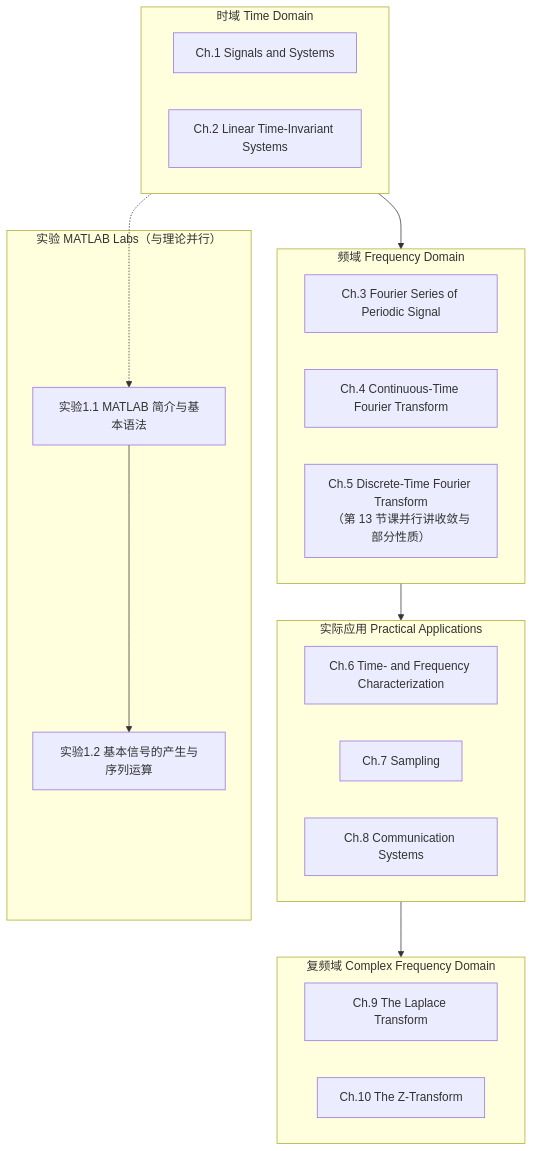
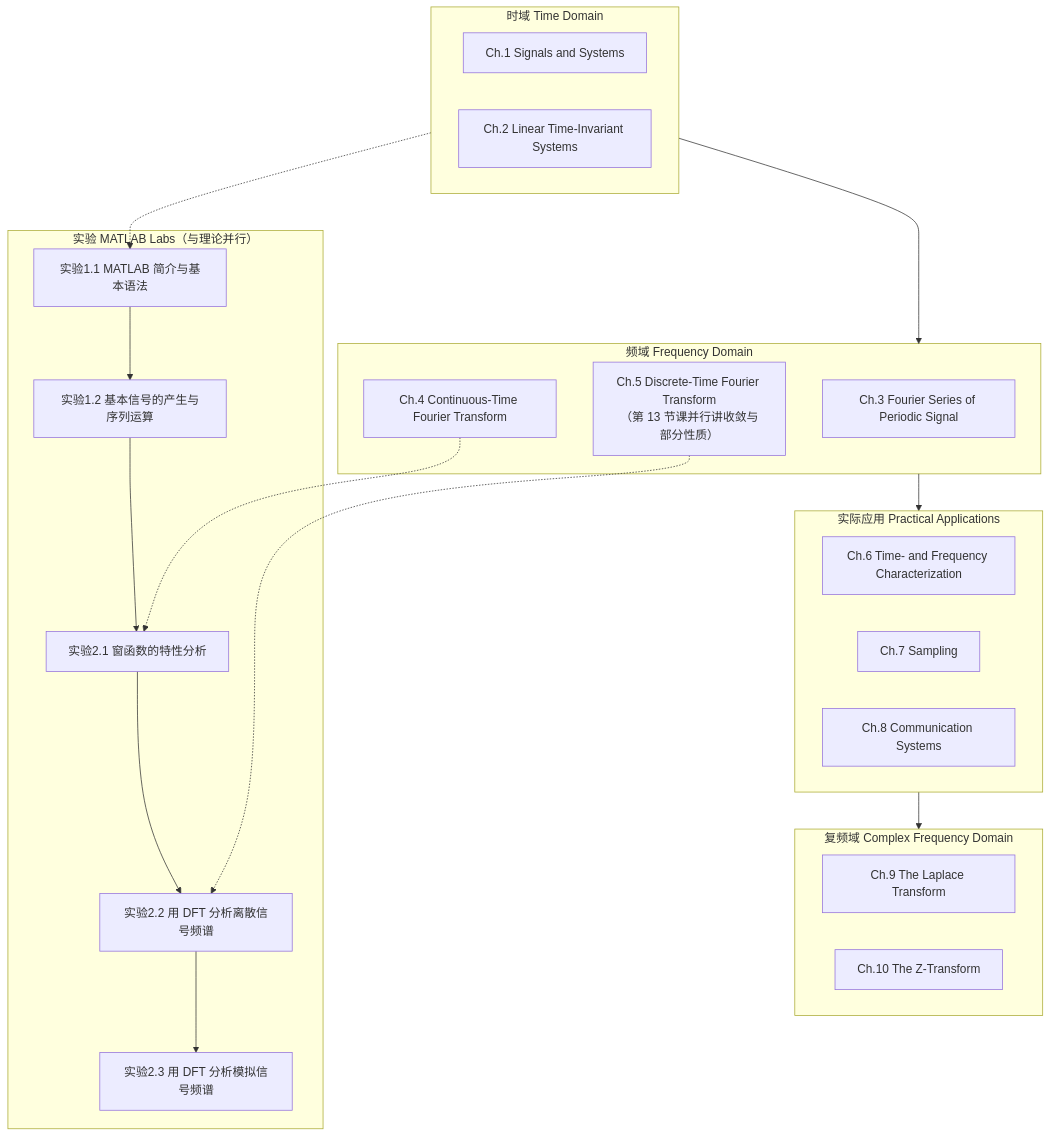
One commit to KayeAdams515/ClaudeNotes changed the first of 5 diagrams in 信号与系统/信号与系统 MOC.md. Above: the diagram before and after it, drawn with Mermaid. The commit also changed other lines of this file and 294 other files, not shown here.

````diff
--- a/信号与系统/信号与系统 MOC.md
+++ b/信号与系统/信号与系统 MOC.md
@@ -316,28 +326,33 @@
 ```mermaid
 flowchart TD
     subgraph A["时域 Time Domain"]
         C1["Ch.1 Signals and Systems"]
         C2["Ch.2 Linear Time-Invariant Systems"]
     end
     subgraph B["频域 Frequency Domain"]
         C3["Ch.3 Fourier Series of Periodic Signal"]
         C4["Ch.4 Continuous-Time Fourier Transform"]
         C5["Ch.5 Discrete-Time Fourier Transform<br/>（第 13 节课并行讲收敛与部分性质）"]
     end
     subgraph C["实际应用 Practical Applications"]
         C6["Ch.6 Time- and Frequency Characterization"]
         C7["Ch.7 Sampling"]
         C8["Ch.8 Communication Systems"]
     end
     subgraph D["复频域 Complex Frequency Domain"]
         C9["Ch.9 The Laplace Transform"]
         C10["Ch.10 The Z-Transform"]
     end
     subgraph E["实验 MATLAB Labs（与理论并行）"]
         L1["实验1.1 MATLAB 简介与基本语法"]
         L2["实验1.2 基本信号的产生与序列运算"]
+        L3["实验2.1 窗函数的特性分析"]
+        L4["实验2.2 用 DFT 分析离散信号频谱"]
+        L5["实验2.3 用 DFT 分析模拟信号频谱"]
     end
     A --> B --> C --> D
-    L1 --> L2
+    L1 --> L2 --> L3 --> L4 --> L5
     A -.-> L1
+    C4 -.-> L3
+    C5 -.-> L4
 ```
````
